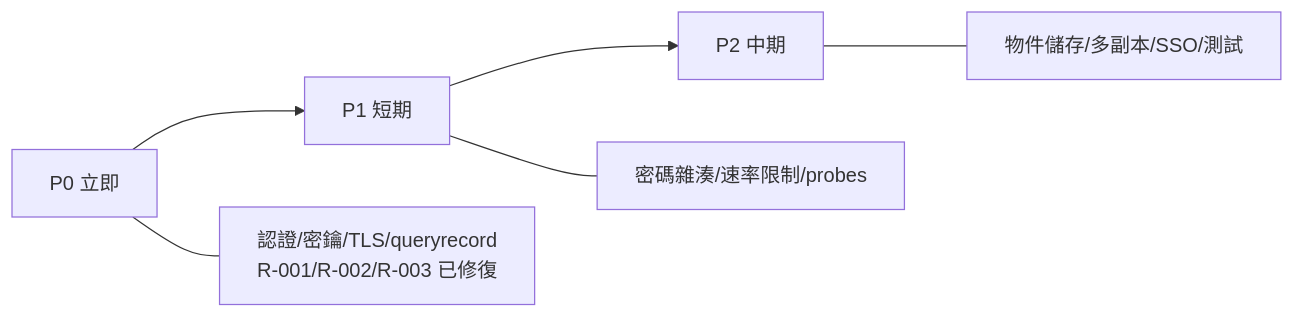
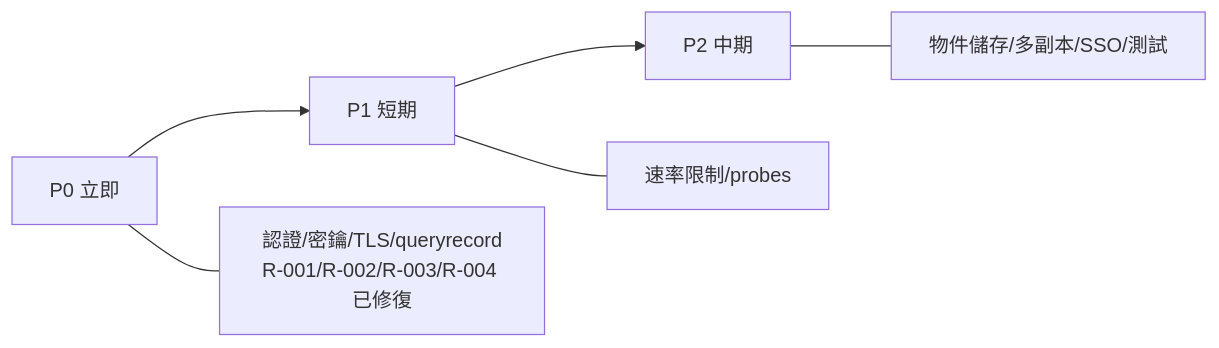
Before and after one commit to PochengChen-del/EdgeViewDoc: the diagram in SDS/11_Design_Decisions_and_Risks.md, drawn with Mermaid. The commit also changed other lines of this file and 13 other files, not shown here.

````diff
--- a/SDS/11_Design_Decisions_and_Risks.md
+++ b/SDS/11_Design_Decisions_and_Risks.md
@@ -519,8 +523,8 @@
 ```mermaid
 flowchart LR
     P0[P0 立即] --> P1[P1 短期]
     P1 --> P2[P2 中期]
-    P0 --- A[認證/密鑰/TLS/queryrecord<br/>R-001/R-002/R-003 已修復]
-    P1 --- B[密碼雜湊/速率限制/probes]
+    P0 --- A[認證/密鑰/TLS/queryrecord<br/>R-001/R-002/R-003/R-004 已修復]
+    P1 --- B[速率限制/probes]
     P2 --- C[物件儲存/多副本/SSO/測試]
 ```
````
